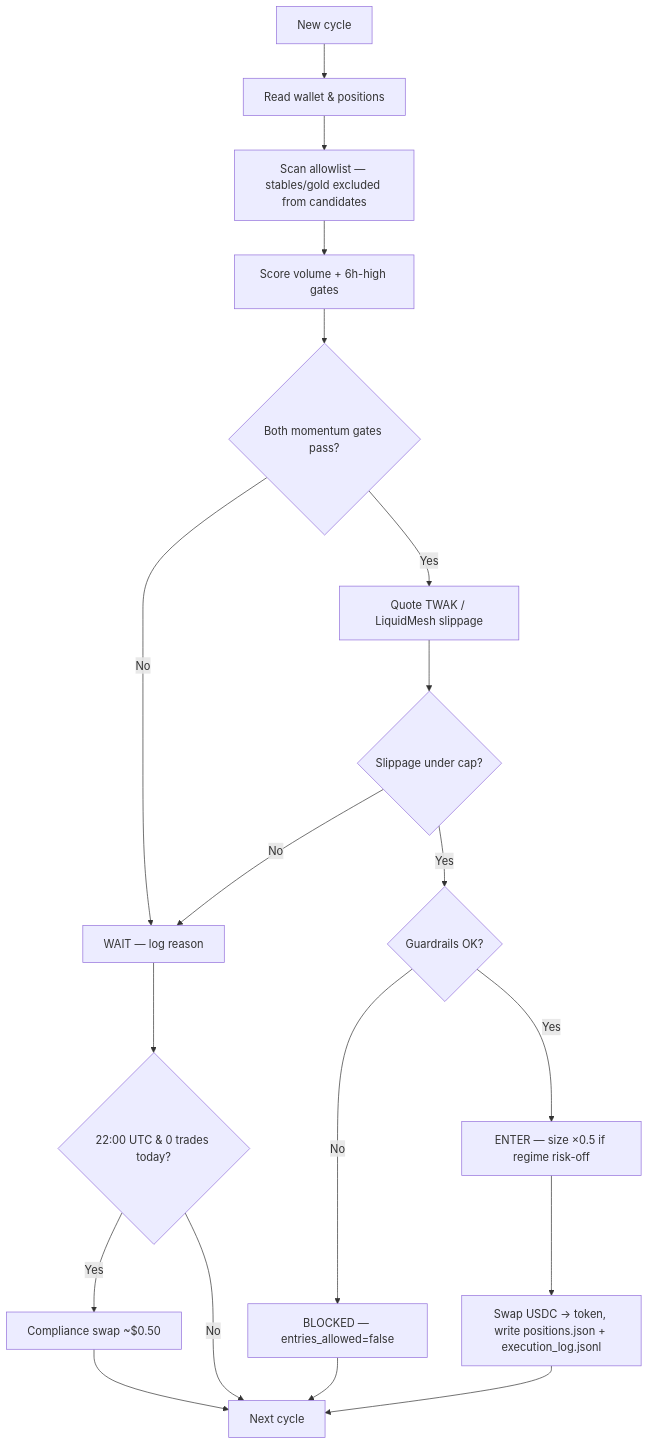
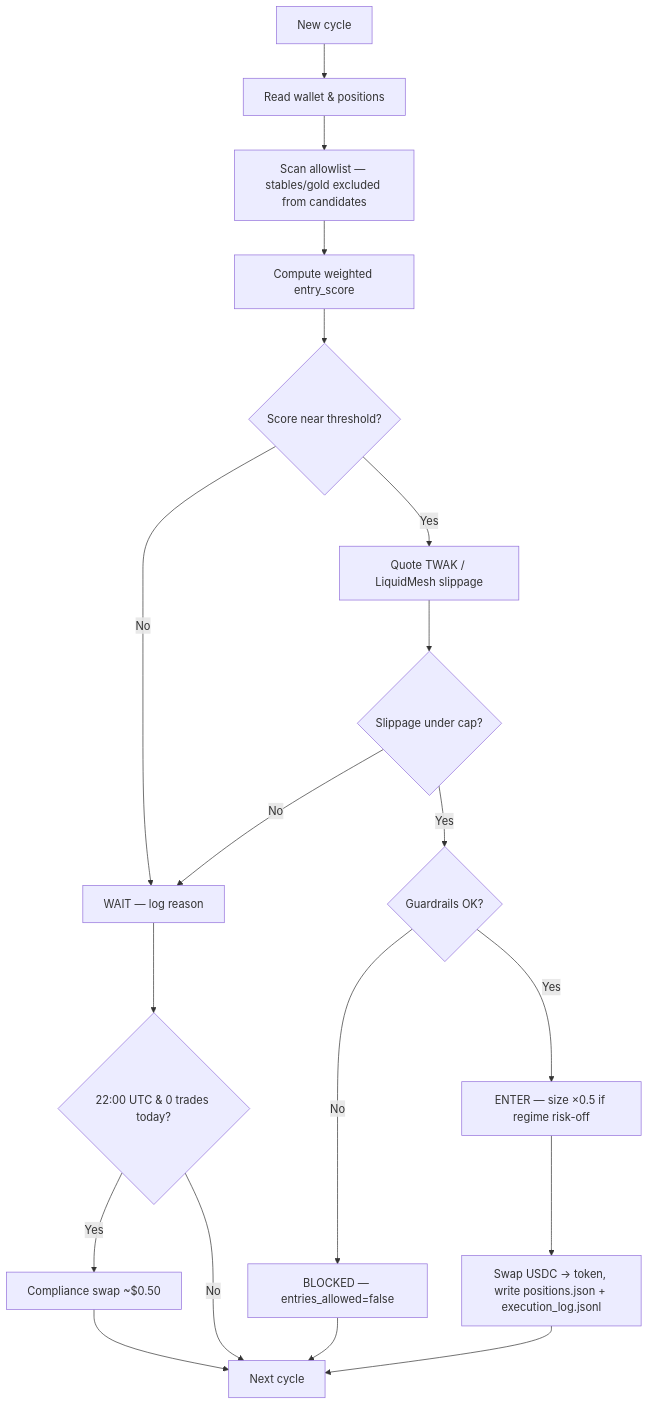
One commit to AlejoReyna/michelobUltraSecretDashboard changed the second of 3 diagrams in docs/TRADING-ALGORITHM.md. Above: the diagram before and after it, drawn with Mermaid. The commit also changed other lines of this file, not shown here.

````diff
--- a/docs/TRADING-ALGORITHM.md
+++ b/docs/TRADING-ALGORITHM.md
@@ -1224,21 +1232,21 @@
 ```mermaid
 flowchart TD
     A[New cycle] --> B[Read wallet & positions]
     B --> C[Scan allowlist — stables/gold excluded from candidates]
-    C --> D[Score volume + 6h-high gates]
-    D --> E{Both momentum gates pass?}
+    C --> D[Compute weighted entry_score]
+    D --> E{Score near threshold?}
     E -->|No| F[WAIT — log reason]
     E -->|Yes| K[Quote TWAK / LiquidMesh slippage]
     K --> L{Slippage under cap?}
     L -->|No| F
     L -->|Yes| G{Guardrails OK?}
     G -->|No| H[BLOCKED — entries_allowed=false]
     G -->|Yes| I[ENTER — size ×0.5 if regime risk-off]
     I --> M[Swap USDC → token, write positions.json + execution_log.jsonl]
     F --> P{22:00 UTC & 0 trades today?}
     P -->|Yes| Q[Compliance swap ~$0.50]
     P -->|No| N[Next cycle]
     H --> N
     M --> N
     Q --> N
 ```
````
